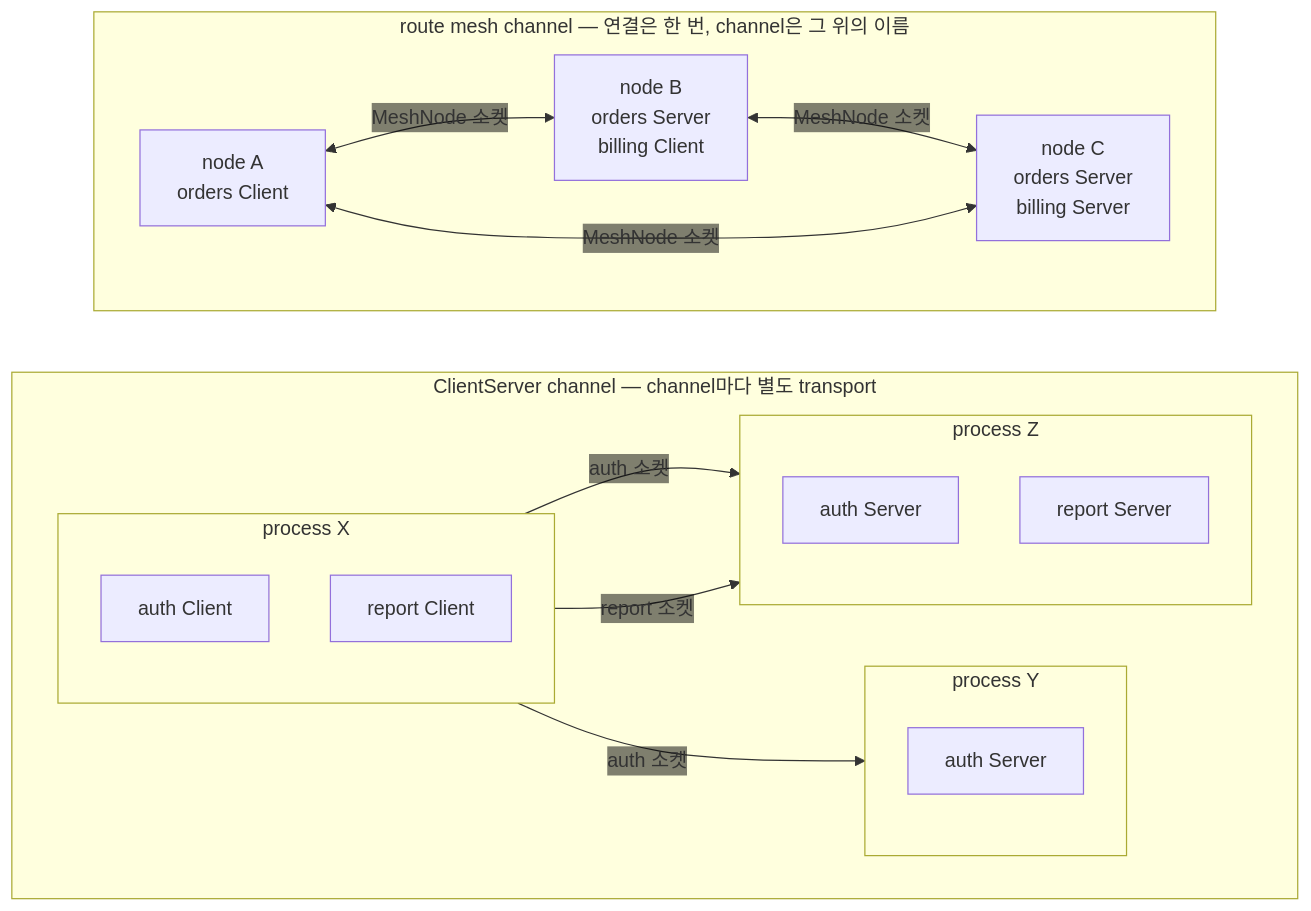
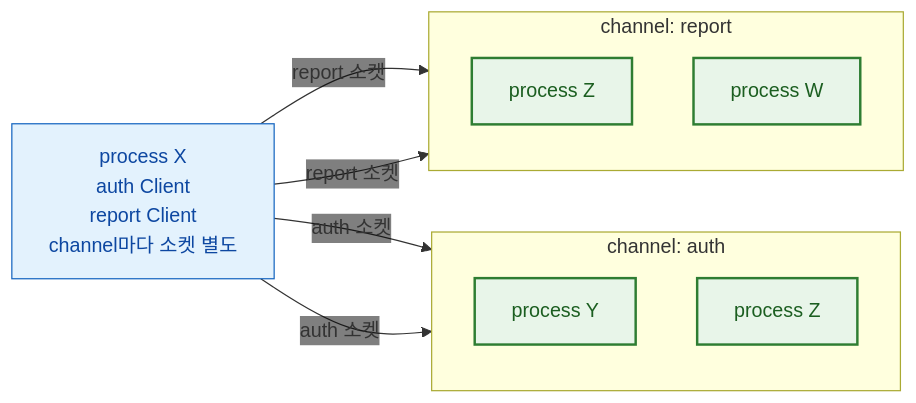
One commit to kairos-code-dev/zlink changed the third of 11 diagrams in framework/doc/framework/dotnet/guide/03-concepts.ko.md. Above: the diagram before and after it, drawn with Mermaid. The commit also changed other lines of this file, not shown here.

Commit message:
docs-dotnet-clarify-channel-transports

````diff
--- a/framework/doc/framework/dotnet/guide/03-concepts.ko.md
+++ b/framework/doc/framework/dotnet/guide/03-concepts.ko.md
@@ -89,34 +121,21 @@
 ```mermaid
 %%{init: {'themeVariables': {'edgeLabelBackground':'transparent'}}}%%
-flowchart TB
-  subgraph RM["route mesh channel — 연결은 한 번, channel은 그 위의 이름"]
-    direction LR
-    A["node A<br/>orders Client"]
-    B["node B<br/>orders Server<br/>billing Client"]
-    C["node C<br/>orders Server<br/>billing Server"]
-    A <-->|"MeshNode 소켓"| B
-    B <-->|"MeshNode 소켓"| C
-    A <-->|"MeshNode 소켓"| C
+flowchart LR
+  subgraph AUTH["channel: auth"]
+    direction TB
+    Y1["process Y"]:::server
+    Z1["process Z"]:::server
   end
-  subgraph CS["ClientServer channel — channel마다 별도 transport"]
-    direction LR
-    subgraph PX["process X"]
-      direction TB
-      X1["auth Client"]
-      X2["report Client"]
-    end
-    subgraph PY["process Y"]
-      direction TB
-      Y1["auth Server"]
-    end
-    subgraph PZ["process Z"]
-      direction TB
-      Z1["auth Server"]
-      Z2["report Server"]
-    end
-    X1 -->|"auth 소켓"| Y1
-    X1 -->|"auth 소켓"| Z1
-    X2 -->|"report 소켓"| Z2
+  X["process X<br/>auth Client<br/>report Client<br/>channel마다 소켓 별도"]:::client
+  subgraph REP["channel: report"]
+    direction TB
+    Z2["process Z"]:::server
+    W2["process W"]:::server
   end
-  RM ~~~ CS
+  X -->|"auth 소켓"| Y1
+  X -->|"auth 소켓"| Z1
+  X -->|"report 소켓"| Z2
+  X -->|"report 소켓"| W2
+  classDef server fill:#e8f5e9,stroke:#2e7d32,stroke-width:2px,color:#1b5e20
+  classDef client fill:#e3f2fd,stroke:#1565c0,color:#0d47a1
 ```
````
